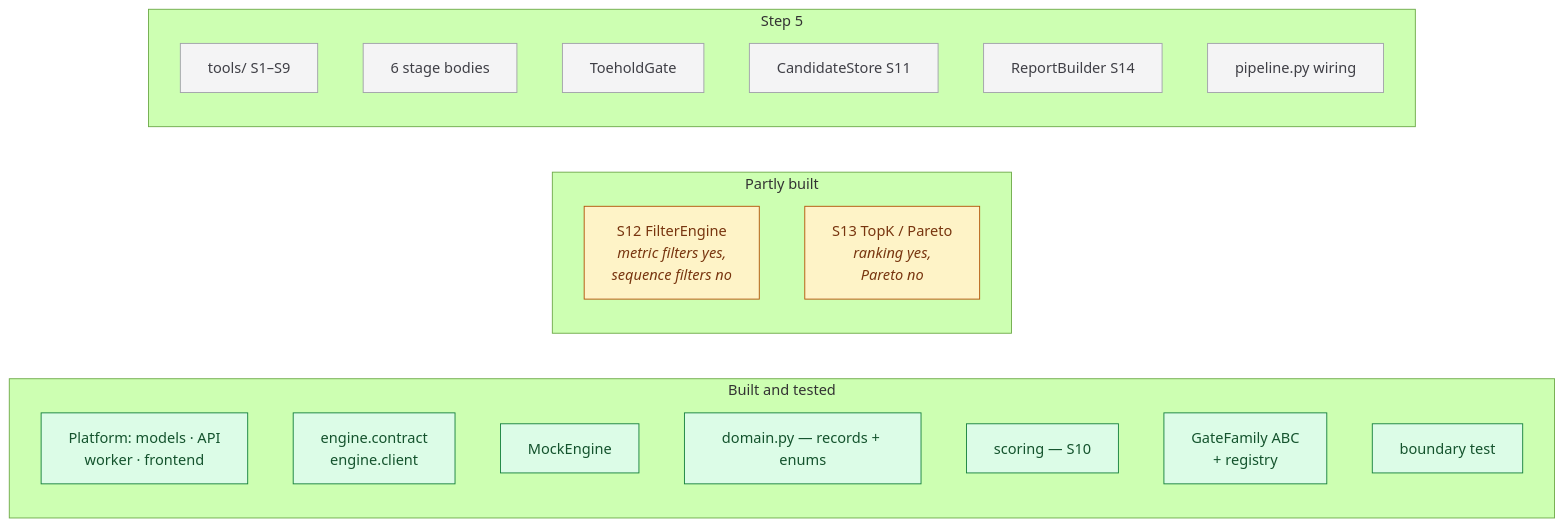
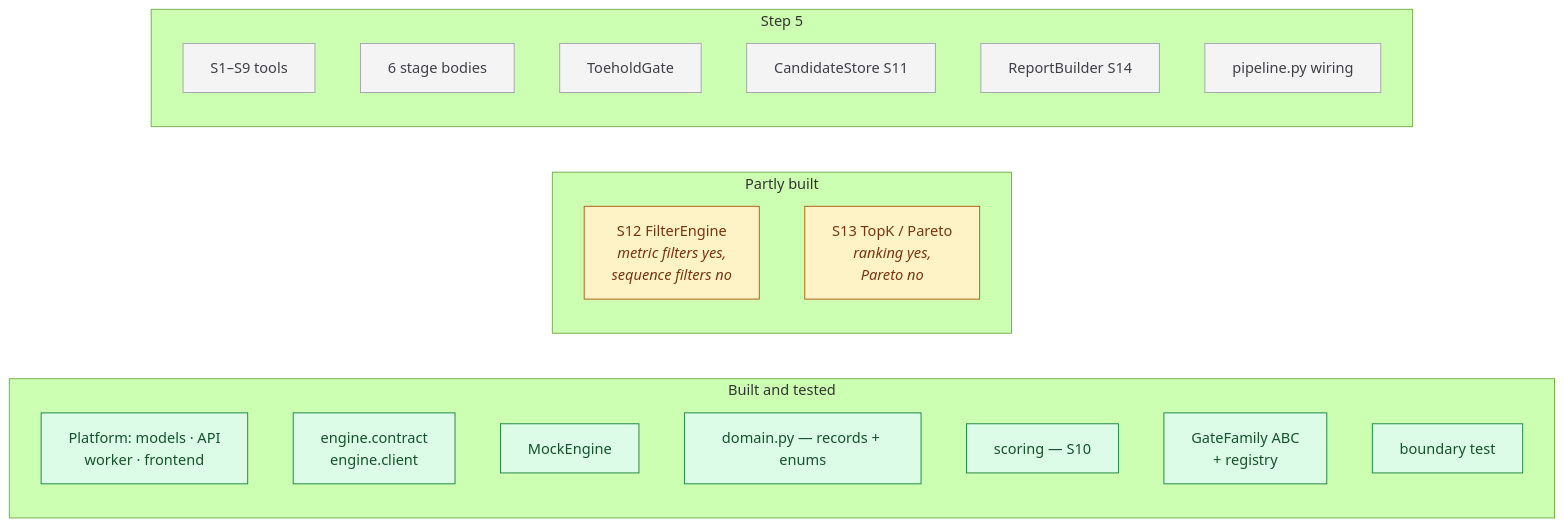
The sixth of 6 diagrams in docs/engine.md (zivbental/cernal_software), drawn with Mermaid (forest theme) before and after one commit. The commit also changed other lines of this file and 23 other files, not shown here.

````diff
--- a/docs/engine.md
+++ b/docs/engine.md
@@ -1073,33 +1111,33 @@
 ```mermaid
 flowchart LR
     subgraph done["Built and tested"]
         D1["Platform: models · API<br/>worker · frontend"]
         D2["engine.contract<br/>engine.client"]
         D3["MockEngine"]
         D4["domain.py — records + enums"]
         D5["scoring — S10"]
         D6["GateFamily ABC<br/>+ registry"]
         D7["boundary test"]
     end
 
     subgraph partial["Partly built"]
         P1["S12 FilterEngine<br/><i>metric filters yes,<br/>sequence filters no</i>"]
         P2["S13 TopK / Pareto<br/><i>ranking yes,<br/>Pareto no</i>"]
     end
 
     subgraph todo["Step 5"]
-        T1["tools/ S1–S9"]
+        T1["S1–S9 tools"]
         T2["6 stage bodies"]
         T3["ToeholdGate"]
         T4["CandidateStore S11"]
         T5["ReportBuilder S14"]
         T6["pipeline.py wiring"]
     end
 
     classDef built fill:#dcfce7,stroke:#15803d,color:#14532d
     classDef part fill:#fef3c7,stroke:#b45309,color:#78350f
     classDef todo2 fill:#f4f4f5,stroke:#a1a1aa,color:#3f3f46
     class D1,D2,D3,D4,D5,D6,D7 built
     class P1,P2 part
     class T1,T2,T3,T4,T5,T6 todo2
 ```
````
